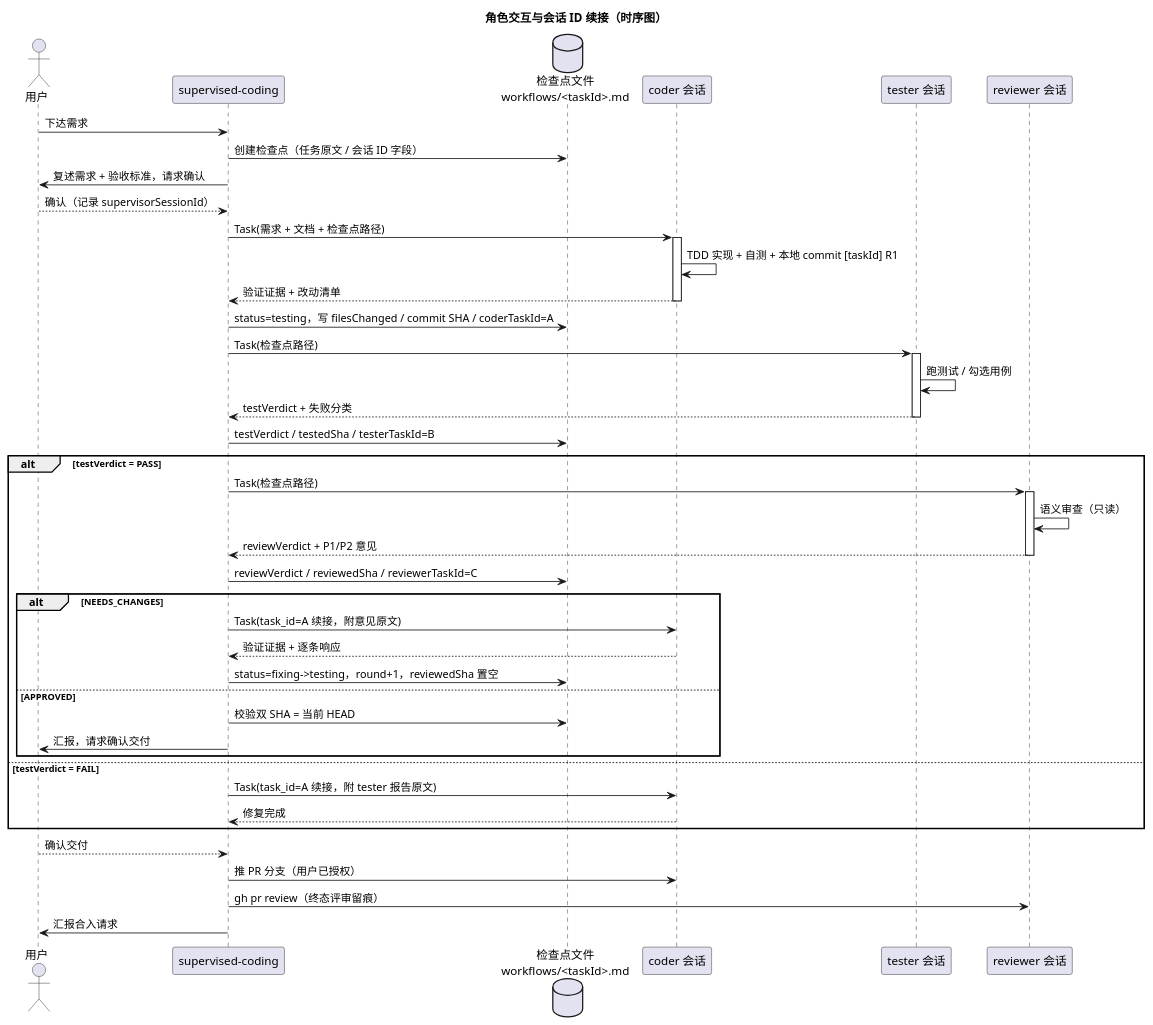
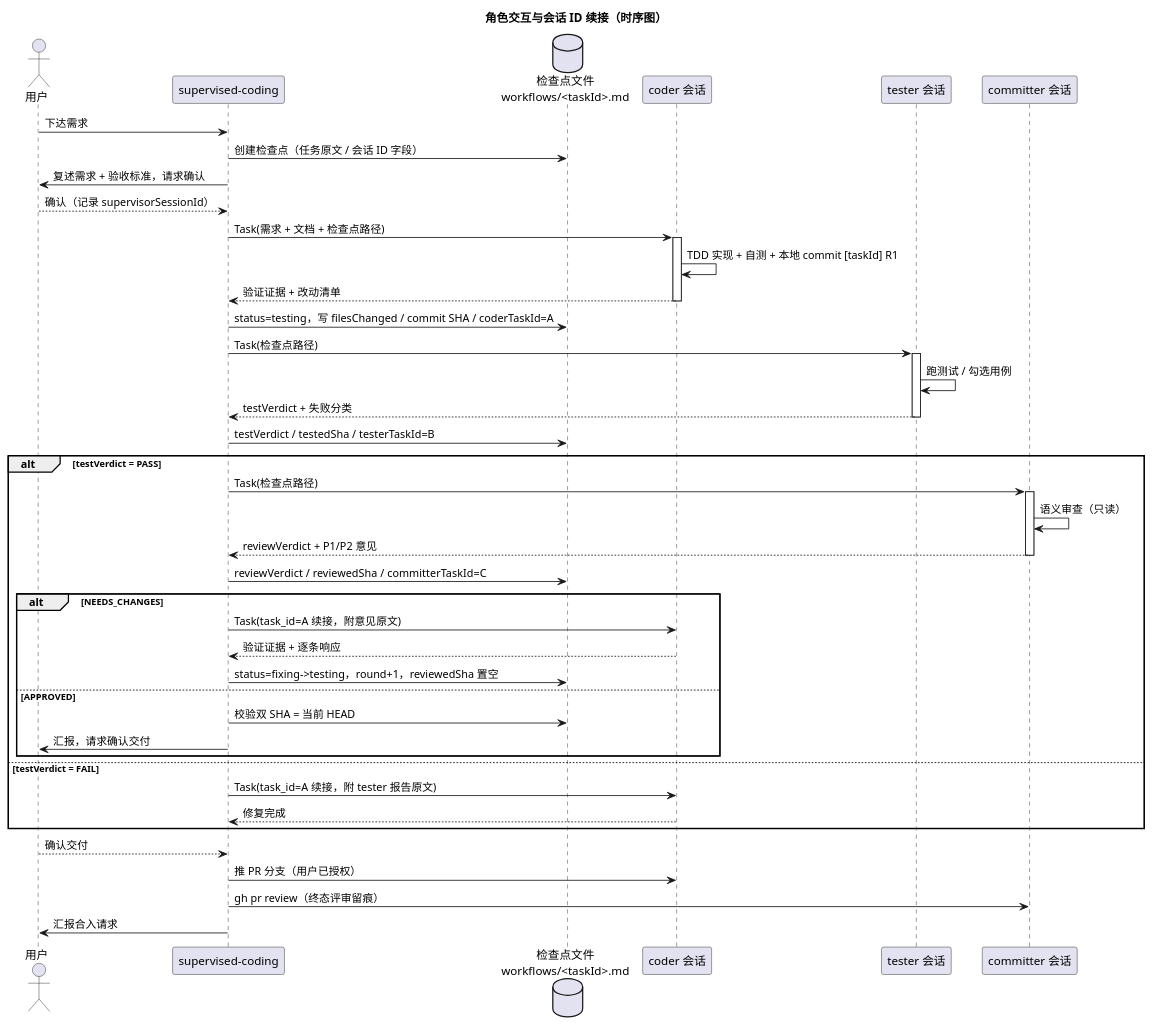
One commit to yq3/lab changed the second of 2 diagrams in .opencode/README.md. Above: the diagram before and after it, drawn with PlantUML. The commit also changed other lines of this file and 5 other files, not shown here.

First line of the commit message:
refactor(opencode): rename reviewer to committer, fix naming taxonomy

````diff
--- a/.opencode/README.md
+++ b/.opencode/README.md
@@ -301,61 +301,61 @@
 ```puml
 @startuml multi-agent-sequence
 title 角色交互与会话 ID 续接（时序图）
 
 actor "用户" as User
 participant "supervised-coding" as Sup
 database "检查点文件\nworkflows/<taskId>.md" as CP
 participant "coder 会话" as Coder
 participant "tester 会话" as Tester
-participant "reviewer 会话" as Rev
+participant "committer 会话" as Rev
 
 User -> Sup: 下达需求
 Sup -> CP: 创建检查点（任务原文 / 会话 ID 字段）
 Sup -> User: 复述需求 + 验收标准，请求确认
 User --> Sup: 确认（记录 supervisorSessionId）
 
 Sup -> Coder: Task(需求 + 文档 + 检查点路径)
 ' 首次调用，返回 task_id=A
 activate Coder
 Coder -> Coder: TDD 实现 + 自测 + 本地 commit [taskId] R1
 Coder --> Sup: 验证证据 + 改动清单
 deactivate Coder
 Sup -> CP: status=testing，写 filesChanged / commit SHA / coderTaskId=A
 
 Sup -> Tester: Task(检查点路径)
 ' 首次调用，返回 task_id=B
 activate Tester
 Tester -> Tester: 跑测试 / 勾选用例
 Tester --> Sup: testVerdict + 失败分类
 deactivate Tester
 Sup -> CP: testVerdict / testedSha / testerTaskId=B
 
 alt testVerdict = PASS
   Sup -> Rev: Task(检查点路径)
   ' 首次调用，返回 task_id=C
   activate Rev
   Rev -> Rev: 语义审查（只读）
   Rev --> Sup: reviewVerdict + P1/P2 意见
   deactivate Rev
-  Sup -> CP: reviewVerdict / reviewedSha / reviewerTaskId=C
+  Sup -> CP: reviewVerdict / reviewedSha / committerTaskId=C
   alt NEEDS_CHANGES
     Sup -> Coder: Task(task_id=A 续接，附意见原文)
     ' 复用同一 coder 会话，上下文连续
     Coder --> Sup: 验证证据 + 逐条响应
     Sup -> CP: status=fixing->testing，round+1，reviewedSha 置空
   else APPROVED
     Sup -> CP: 校验双 SHA = 当前 HEAD
     Sup -> User: 汇报，请求确认交付
   end
 else testVerdict = FAIL
   Sup -> Coder: Task(task_id=A 续接，附 tester 报告原文)
   Coder --> Sup: 修复完成
 end
 
 User --> Sup: 确认交付
 Sup -> Coder: 推 PR 分支（用户已授权）
 Sup -> Rev: gh pr review（终态评审留痕）
 Sup -> User: 汇报合入请求
 
 @enduml
 ```
````
